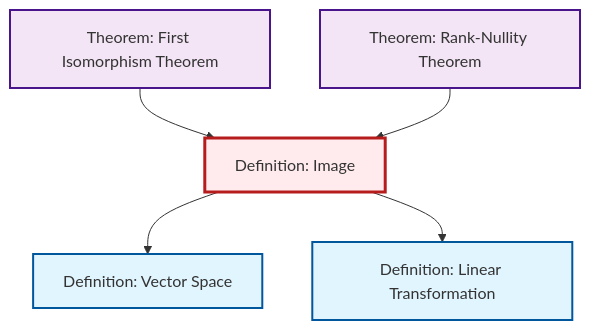
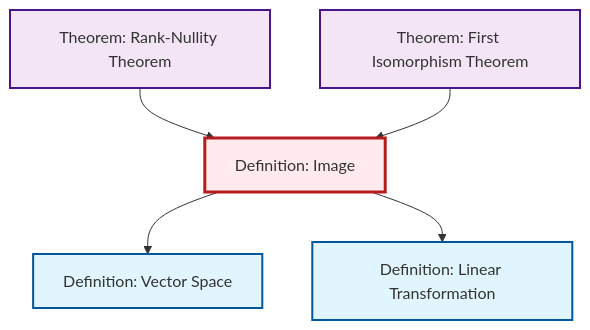
One commit to RK0429/ModernMath changed the diagram in content/ja/algebra/def-image.qmd. Above: the diagram before and after it, drawn with Mermaid. The commit also changed other lines of this file and 634 other files, not shown here.

````diff
--- a/content/ja/algebra/def-image.qmd
+++ b/content/ja/algebra/def-image.qmd
@@ -55,23 +55,23 @@
 ```{mermaid}
 %%| fig-cap: "Local dependency graph"
 graph TD
     classDef definition fill:#e1f5fe,stroke:#01579b,stroke-width:2px
     classDef theorem fill:#f3e5f5,stroke:#4a148c,stroke-width:2px
     classDef axiom fill:#fff3e0,stroke:#e65100,stroke-width:2px
     classDef example fill:#e8f5e9,stroke:#1b5e20,stroke-width:2px
     classDef current fill:#ffebee,stroke:#b71c1c,stroke-width:3px
+    thm-rank-nullity["Theorem: Rank-Nullity Theorem"]:::theorem
+    def-image["Definition: Image"]:::definition
     def-linear-transformation["Definition: Linear Transformation"]:::definition
-    thm-rank-nullity["Theorem: Rank-Nullity Theorem"]:::theorem
+    def-vector-space["Definition: Vector Space"]:::definition
     thm-first-isomorphism["Theorem: First Isomorphism Theorem"]:::theorem
-    def-image["Definition: Image"]:::definition
-    def-vector-space["Definition: Vector Space"]:::definition
+    def-image --> def-vector-space
+    thm-rank-nullity --> def-image
+    def-image --> def-linear-transformation
     thm-first-isomorphism --> def-image
-    def-image --> def-vector-space
-    def-image --> def-linear-transformation
-    thm-rank-nullity --> def-image
     class def-image current
+    click thm-rank-nullity "thm-rank-nullity.html" "Theorem: Rank-Nullity Theoremへ"
     click def-linear-transformation "def-linear-transformation.html" "Definition: Linear Transformationへ"
-    click thm-rank-nullity "thm-rank-nullity.html" "Theorem: Rank-Nullity Theoremへ"
+    click def-vector-space "def-vector-space.html" "Definition: Vector Spaceへ"
     click thm-first-isomorphism "thm-first-isomorphism.html" "Theorem: First Isomorphism Theoremへ"
-    click def-vector-space "def-vector-space.html" "Definition: Vector Spaceへ"
 ```
````
